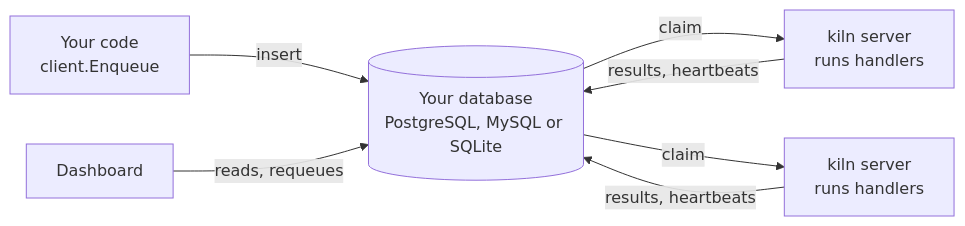
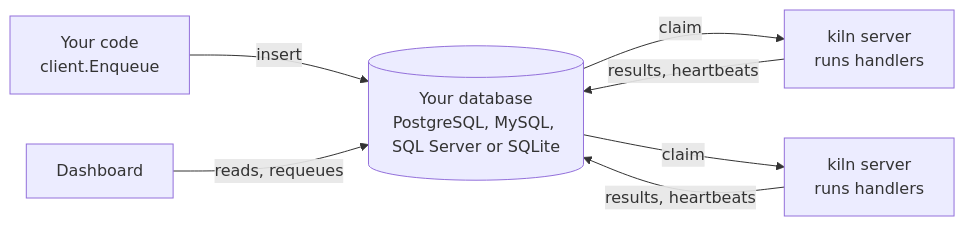
One commit to rafaelaugustos/kiln changed the first of 2 diagrams in README.md. Above: the diagram before and after it, drawn with Mermaid. The commit also changed other lines of this file and 13 other files, not shown here.

````diff
--- a/README.md
+++ b/README.md
@@ -160,9 +162,9 @@
 ```mermaid
 flowchart LR
-    app["Your code<br>client.Enqueue"] -- insert --> db[("Your database<br>PostgreSQL, MySQL or SQLite")]
+    app["Your code<br>client.Enqueue"] -- insert --> db[("Your database<br>PostgreSQL, MySQL, SQL Server or SQLite")]
     db -- claim --> s1["kiln server<br>runs handlers"]
     db -- claim --> s2["kiln server<br>runs handlers"]
     s1 -- results, heartbeats --> db
     s2 -- results, heartbeats --> db
     dash["Dashboard"] -- reads, requeues --> db
 ```
````
